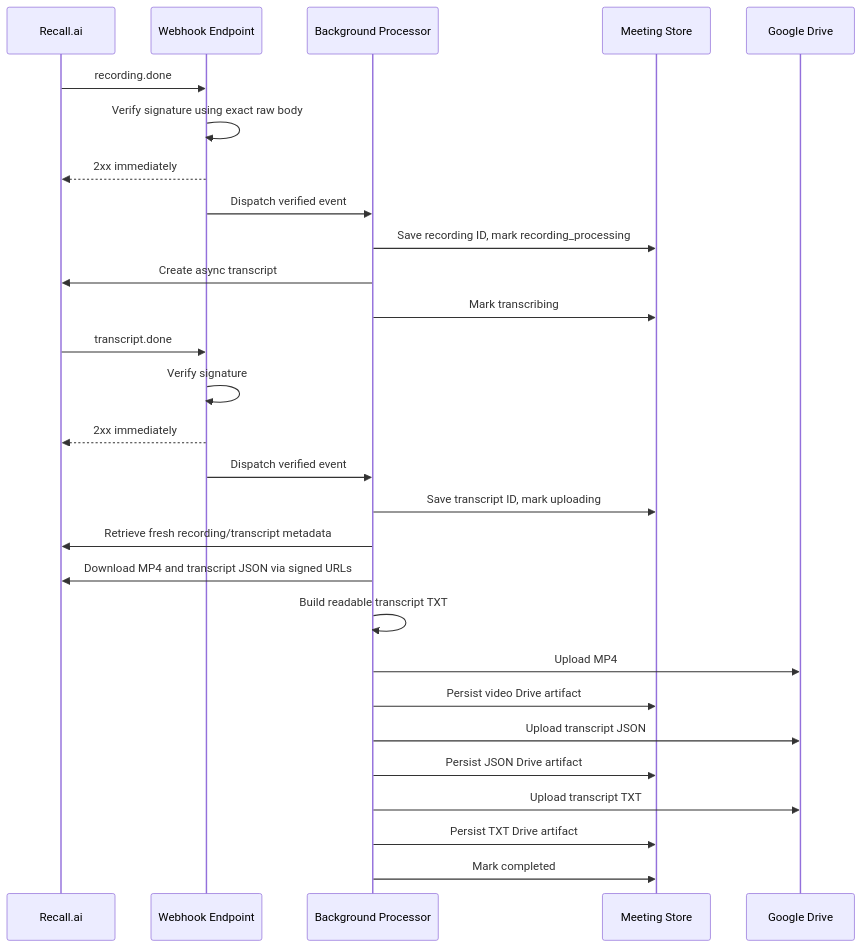
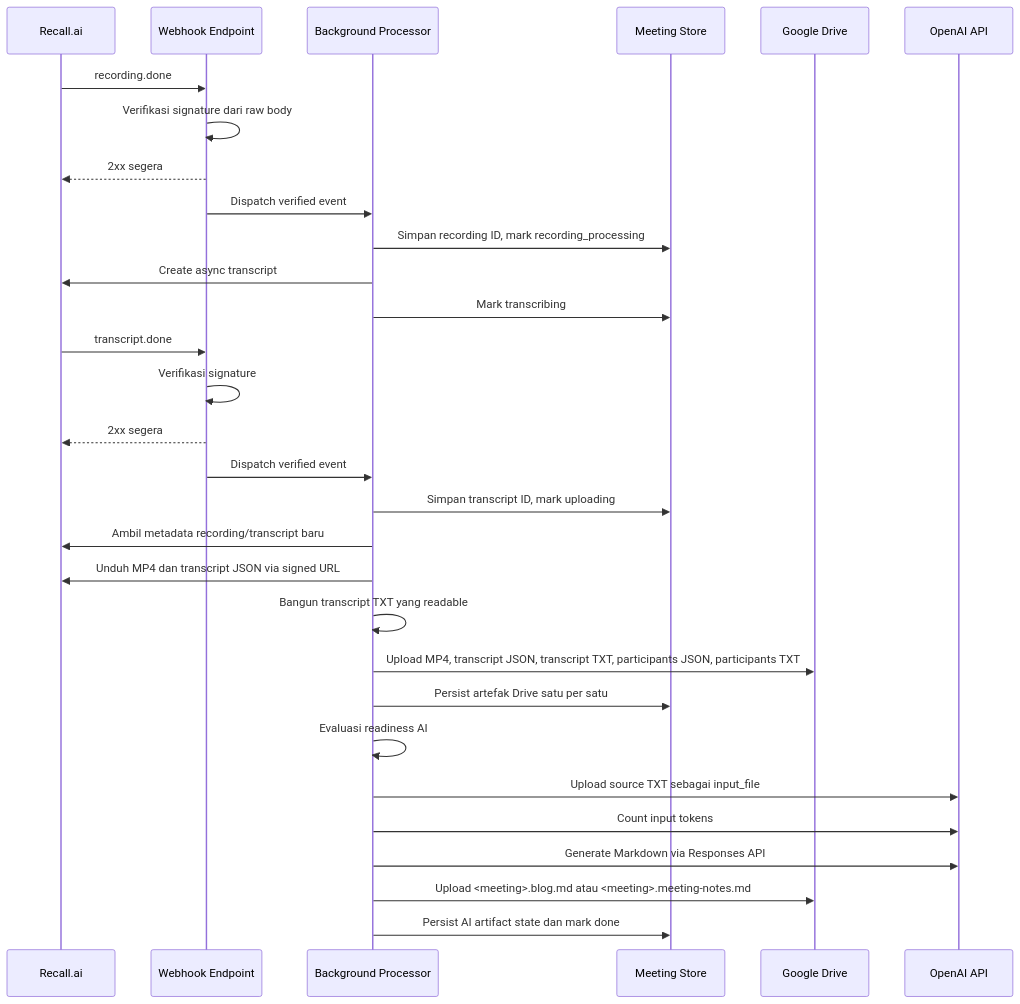
One commit to iwkz-dev/meetingbot changed the fourth of 8 diagrams in docs/ARCHITECTURE.md. Above: the diagram before and after it, drawn with Mermaid. The commit also changed other lines of this file and 18 other files, not shown here.

````diff
--- a/docs/ARCHITECTURE.md
+++ b/docs/ARCHITECTURE.md
@@ -141,32 +145,34 @@
 ```mermaid
 sequenceDiagram
     participant Recall as Recall.ai
     participant WH as Webhook Endpoint
     participant Worker as Background Processor
     participant Store as Meeting Store
     participant Drive as Google Drive
+    participant OpenAI as OpenAI API
 
     Recall->>WH: recording.done
-    WH->>WH: Verify signature using exact raw body
-    WH-->>Recall: 2xx immediately
+    WH->>WH: Verifikasi signature dari raw body
+    WH-->>Recall: 2xx segera
     WH->>Worker: Dispatch verified event
-    Worker->>Store: Save recording ID, mark recording_processing
+    Worker->>Store: Simpan recording ID, mark recording_processing
     Worker->>Recall: Create async transcript
     Worker->>Store: Mark transcribing
 
     Recall->>WH: transcript.done
-    WH->>WH: Verify signature
-    WH-->>Recall: 2xx immediately
+    WH->>WH: Verifikasi signature
+    WH-->>Recall: 2xx segera
     WH->>Worker: Dispatch verified event
-    Worker->>Store: Save transcript ID, mark uploading
-    Worker->>Recall: Retrieve fresh recording/transcript metadata
-    Worker->>Recall: Download MP4 and transcript JSON via signed URLs
-    Worker->>Worker: Build readable transcript TXT
-    Worker->>Drive: Upload MP4
-    Worker->>Store: Persist video Drive artifact
-    Worker->>Drive: Upload transcript JSON
-    Worker->>Store: Persist JSON Drive artifact
-    Worker->>Drive: Upload transcript TXT
-    Worker->>Store: Persist TXT Drive artifact
-    Worker->>Store: Mark completed
+    Worker->>Store: Simpan transcript ID, mark uploading
+    Worker->>Recall: Ambil metadata recording/transcript baru
+    Worker->>Recall: Unduh MP4 dan transcript JSON via signed URL
+    Worker->>Worker: Bangun transcript TXT yang readable
+    Worker->>Drive: Upload MP4, transcript JSON, transcript TXT, participants JSON, participants TXT
+    Worker->>Store: Persist artefak Drive satu per satu
+    Worker->>Worker: Evaluasi readiness AI
+    Worker->>OpenAI: Upload source TXT sebagai input_file
+    Worker->>OpenAI: Count input tokens
+    Worker->>OpenAI: Generate Markdown via Responses API
+    Worker->>Drive: Upload <meeting>.blog.md atau <meeting>.meeting-notes.md
+    Worker->>Store: Persist AI artifact state dan mark done
 ```
````
